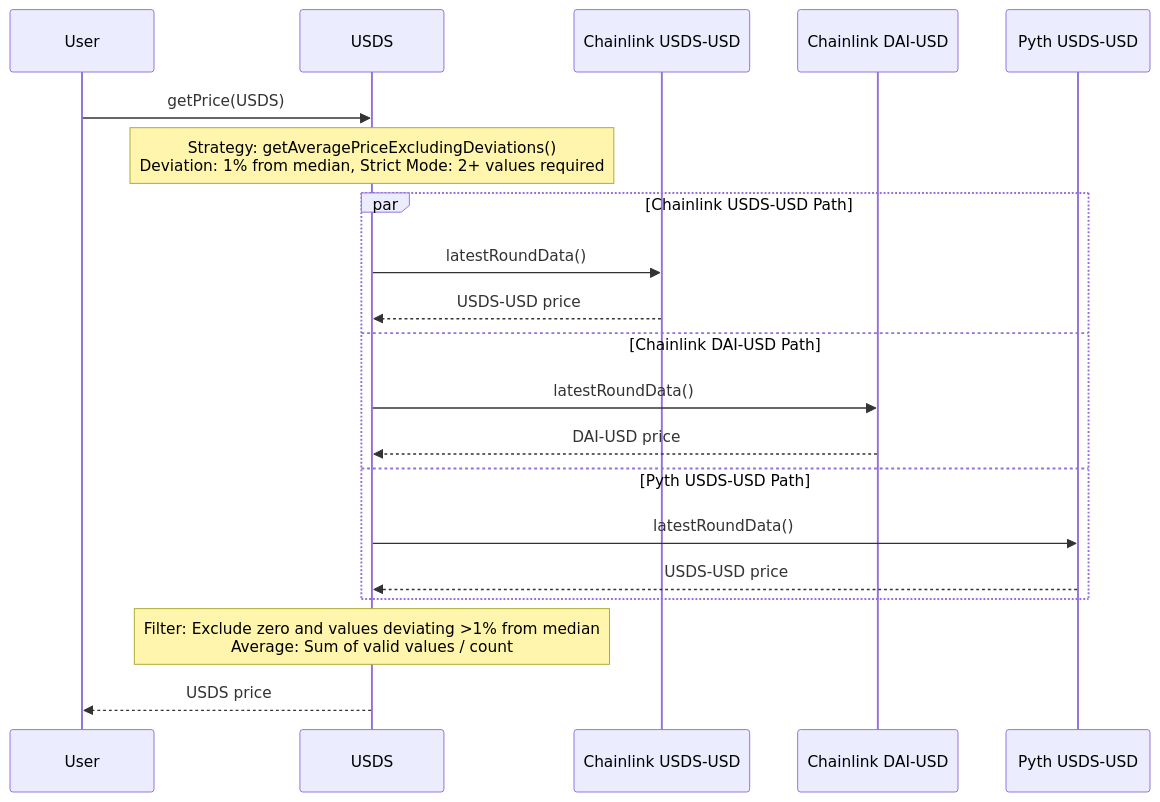
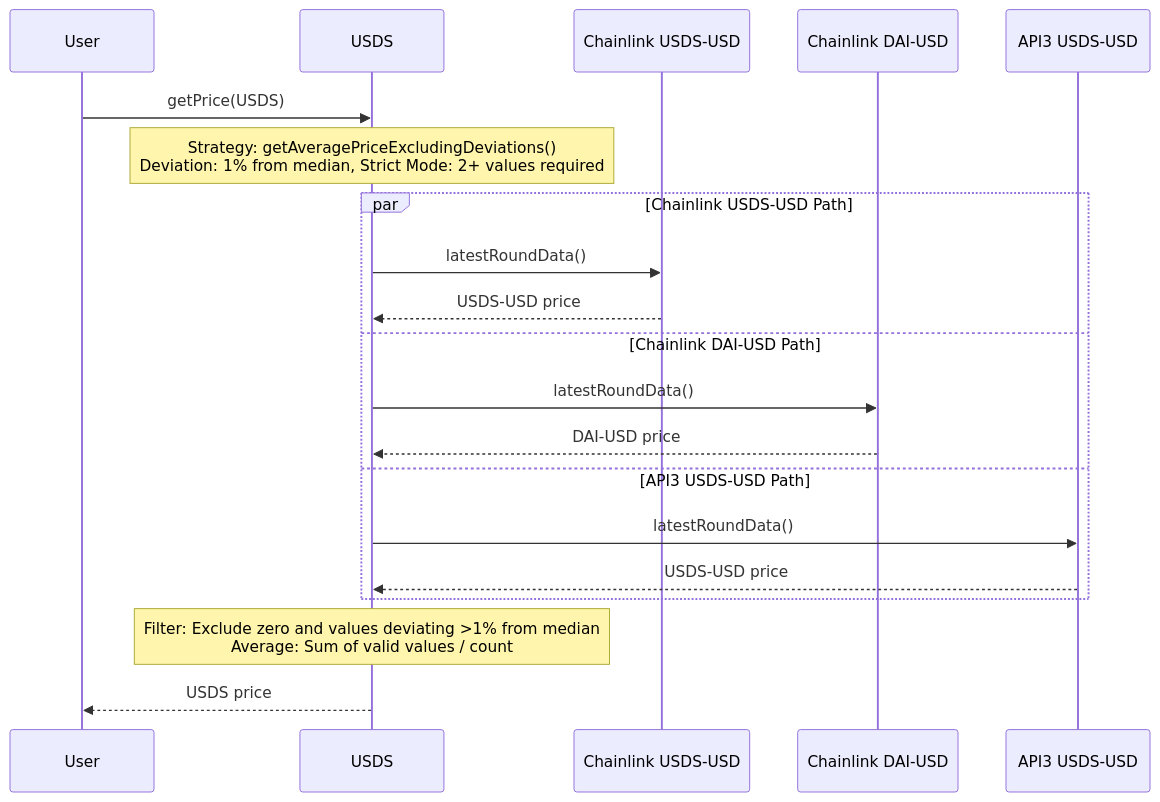
The second of 3 diagrams in documentation/price.md (OlympusDAO/olympus-v3), drawn with Mermaid before and after one commit. The commit also changed other lines of this file and 7 other files, not shown here.

Commit message:
docs(price): replace Pyth feeds with API3

````diff
--- a/documentation/price.md
+++ b/documentation/price.md
@@ -212,26 +188,26 @@
 ```mermaid
 sequenceDiagram
     participant User
     participant USDS
     participant CL_USDS as Chainlink USDS-USD
     participant CL_DAI as Chainlink DAI-USD
-    participant Pyth_USDS as Pyth USDS-USD
+    participant API3_USDS as API3 USDS-USD
 
     User->>USDS: getPrice(USDS)
 
     Note over USDS: Strategy: getAveragePriceExcludingDeviations()<br/>Deviation: 1% from median, Strict Mode: 2+ values required
 
     par Chainlink USDS-USD Path
         USDS->>CL_USDS: latestRoundData()
         CL_USDS-->>USDS: USDS-USD price
     and Chainlink DAI-USD Path
         USDS->>CL_DAI: latestRoundData()
         CL_DAI-->>USDS: DAI-USD price
-    and Pyth USDS-USD Path
-        USDS->>Pyth_USDS: latestRoundData()
-        Pyth_USDS-->>USDS: USDS-USD price
+    and API3 USDS-USD Path
+        USDS->>API3_USDS: latestRoundData()
+        API3_USDS-->>USDS: USDS-USD price
     end
 
     Note over USDS: Filter: Exclude zero and values deviating >1% from median<br/>Average: Sum of valid values / count
     USDS-->>User: USDS price
 ```
````
